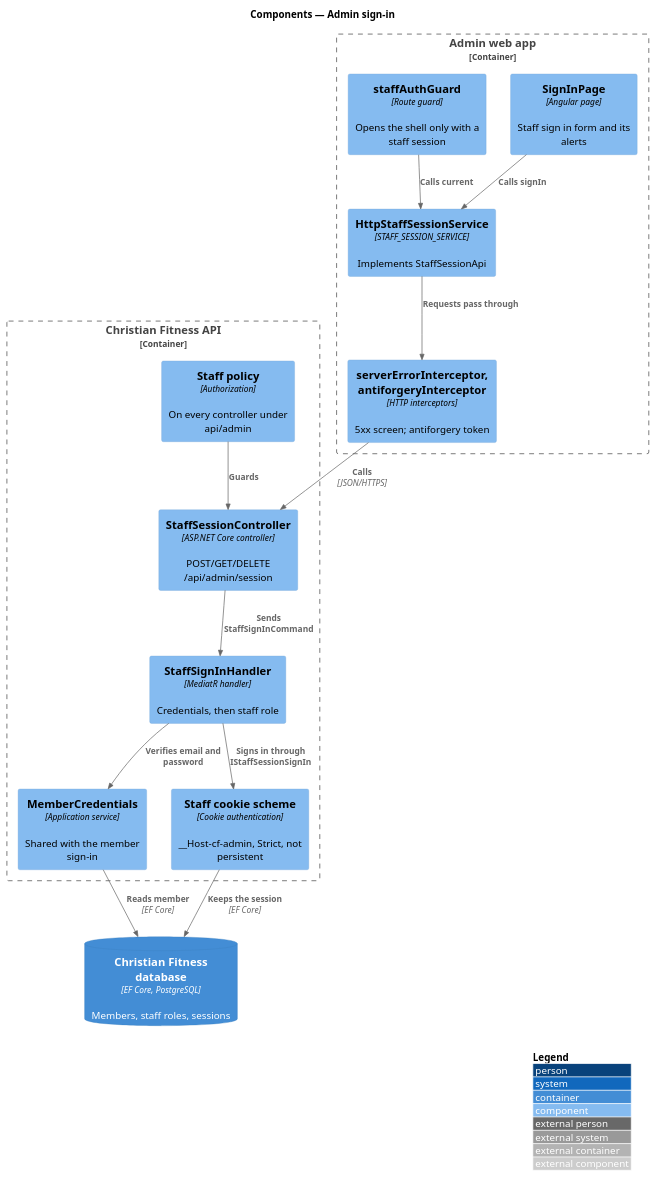
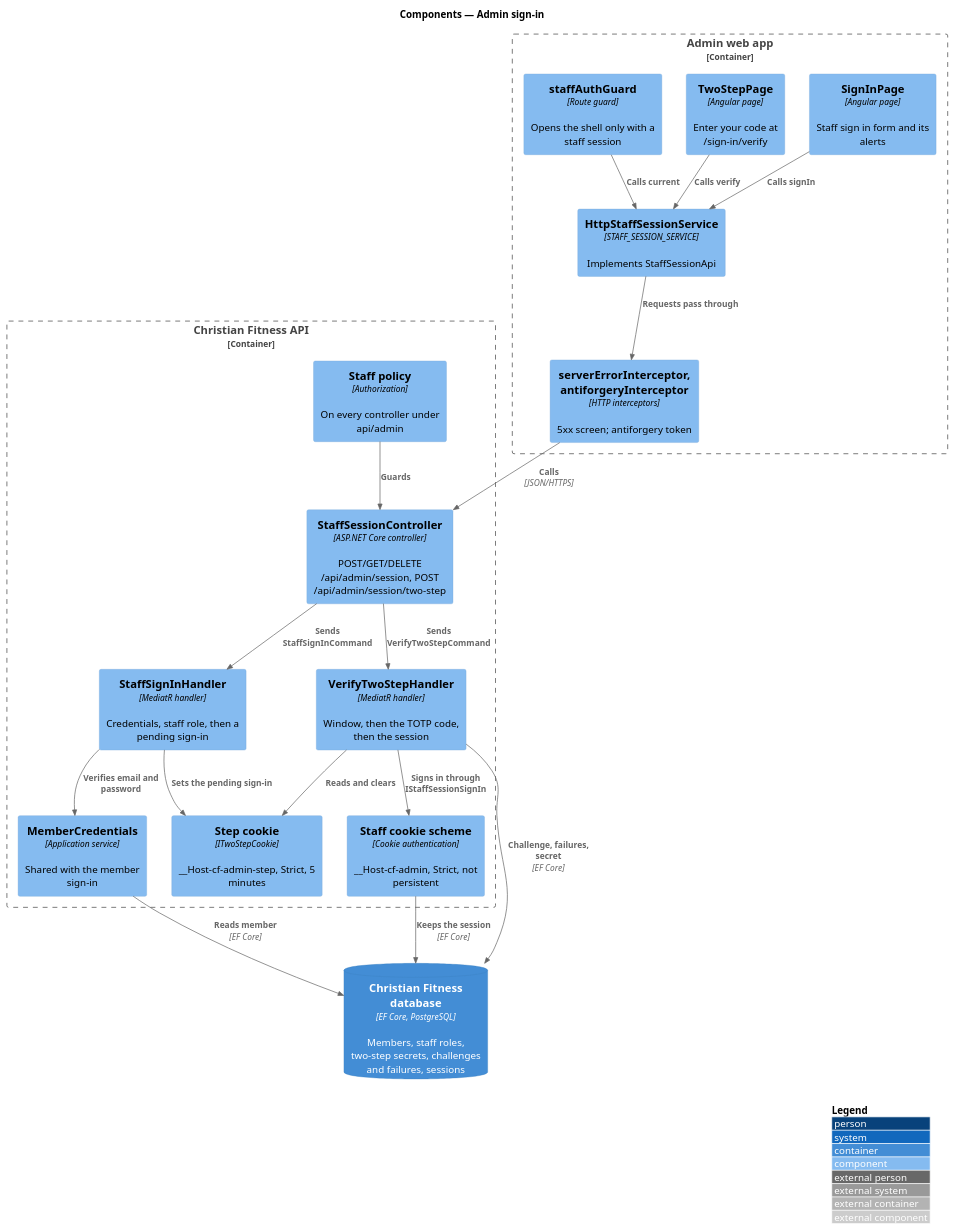
One commit to QuinntyneBrown/christian-fitness changed the diagram in docs/detailed-designs/admin-access/admin-sign-in/diagrams/c4-component.puml. Above: the diagram before and after it, drawn with PlantUML. The commit also changed 28 other files, not shown here.

First line of the commit message:
Design slice 9.2: two-step verification

```diff
--- a/docs/detailed-designs/admin-access/admin-sign-in/diagrams/c4-component.puml
+++ b/docs/detailed-designs/admin-access/admin-sign-in/diagrams/c4-component.puml
@@ -1,31 +1,39 @@
 @startuml
 !include <C4/C4_Component>
 LAYOUT_WITH_LEGEND()
 title Components — Admin sign-in
 
 Container_Boundary(admin, "Admin web app") {
   Component(page, "SignInPage", "Angular page", "Staff sign in form and its alerts")
+  Component(step, "TwoStepPage", "Angular page", "Enter your code at /sign-in/verify")
   Component(svc, "HttpStaffSessionService", "STAFF_SESSION_SERVICE", "Implements StaffSessionApi")
   Component(guard, "staffAuthGuard", "Route guard", "Opens the shell only with a staff session")
   Component(icpt, "serverErrorInterceptor, antiforgeryInterceptor", "HTTP interceptors", "5xx screen; antiforgery token")
 }
 Container_Boundary(api, "Christian Fitness API") {
-  Component(ctrl, "StaffSessionController", "ASP.NET Core controller", "POST/GET/DELETE /api/admin/session")
+  Component(ctrl, "StaffSessionController", "ASP.NET Core controller", "POST/GET/DELETE /api/admin/session, POST /api/admin/session/two-step")
   Component(policy, "Staff policy", "Authorization", "On every controller under api/admin")
-  Component(handler, "StaffSignInHandler", "MediatR handler", "Credentials, then staff role")
+  Component(handler, "StaffSignInHandler", "MediatR handler", "Credentials, staff role, then a pending sign-in")
+  Component(verify, "VerifyTwoStepHandler", "MediatR handler", "Window, then the TOTP code, then the session")
+  Component(stepcookie, "Step cookie", "ITwoStepCookie", "__Host-cf-admin-step, Strict, 5 minutes")
   Component(creds, "MemberCredentials", "Application service", "Shared with the member sign-in")
   Component(cookie, "Staff cookie scheme", "Cookie authentication", "__Host-cf-admin, Strict, not persistent")
 }
-ContainerDb(db, "Christian Fitness database", "EF Core, PostgreSQL", "Members, staff roles, sessions")
+ContainerDb(db, "Christian Fitness database", "EF Core, PostgreSQL", "Members, staff roles, two-step secrets, challenges and failures, sessions")
 
 Rel(page, svc, "Calls signIn")
 Rel(guard, svc, "Calls current")
+Rel(step, svc, "Calls verify")
 Rel(svc, icpt, "Requests pass through")
 Rel(icpt, ctrl, "Calls", "JSON/HTTPS")
 Rel(policy, ctrl, "Guards")
 Rel(ctrl, handler, "Sends StaffSignInCommand")
 Rel(handler, creds, "Verifies email and password")
-Rel(handler, cookie, "Signs in through IStaffSessionSignIn")
+Rel(handler, stepcookie, "Sets the pending sign-in")
+Rel(ctrl, verify, "Sends VerifyTwoStepCommand")
+Rel(verify, stepcookie, "Reads and clears")
+Rel(verify, cookie, "Signs in through IStaffSessionSignIn")
+Rel(verify, db, "Challenge, failures, secret", "EF Core")
 Rel(creds, db, "Reads member", "EF Core")
 Rel(cookie, db, "Keeps the session", "EF Core")
 @enduml
```
